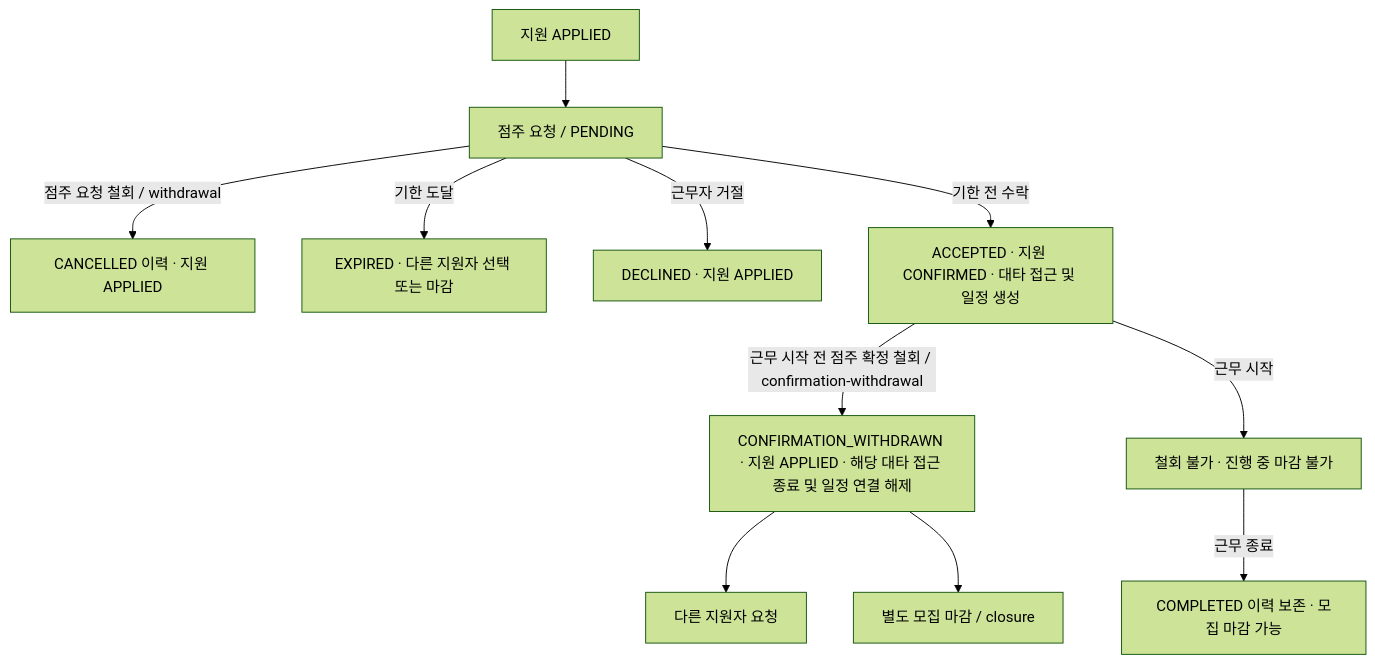
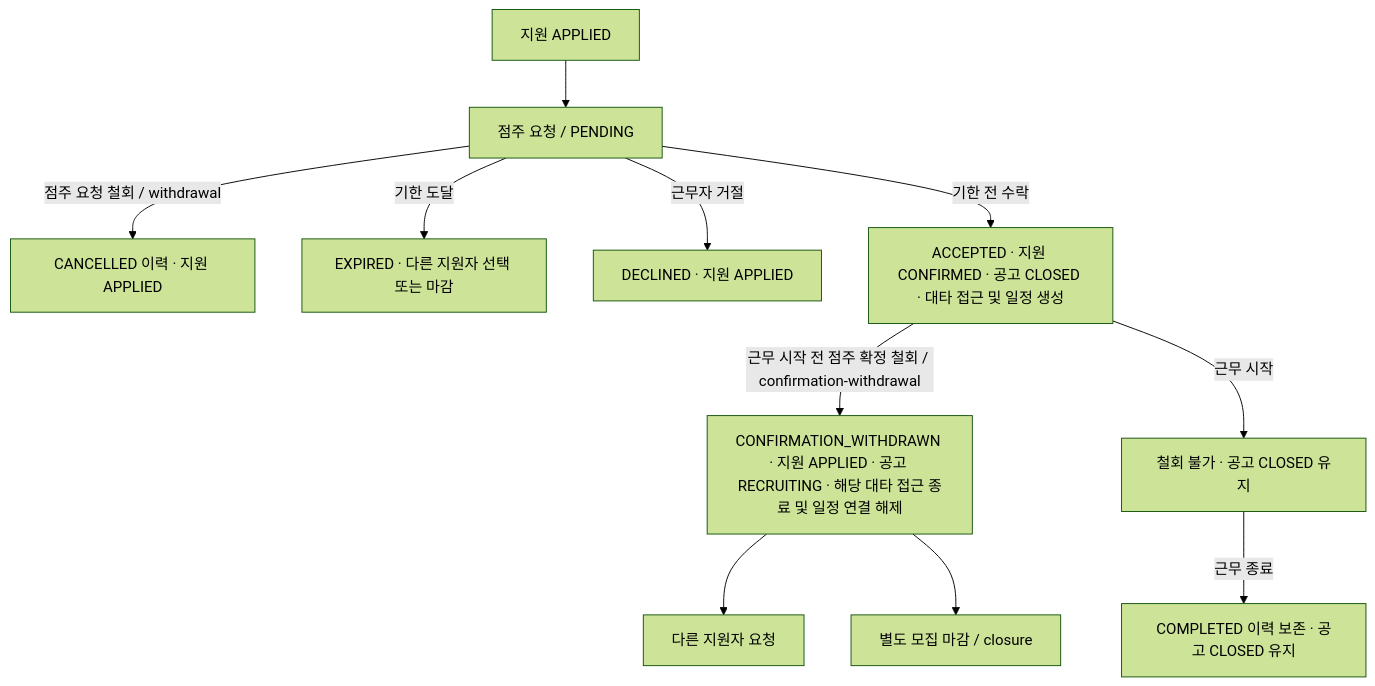
The diagram in back-end/docs/work-request-design.md (2026-KW-HACKATHON/29_Jidan), drawn with Mermaid (forest theme) before and after one commit. The commit also changed other lines of this file and 7 other files, not shown here.

````diff
--- a/back-end/docs/work-request-design.md
+++ b/back-end/docs/work-request-design.md
@@ -7,13 +7,13 @@
 ```mermaid
 flowchart TD
     A[지원 APPLIED] --> B[점주 요청 / PENDING]
     B -->|점주 요청 철회 / withdrawal| C[CANCELLED 이력 · 지원 APPLIED]
     B -->|기한 도달| D[EXPIRED · 다른 지원자 선택 또는 마감]
     B -->|근무자 거절| E[DECLINED · 지원 APPLIED]
-    B -->|기한 전 수락| F[ACCEPTED · 지원 CONFIRMED · 대타 접근 및 일정 생성]
-    F -->|근무 시작 전 점주 확정 철회 / confirmation-withdrawal| G[CONFIRMATION_WITHDRAWN · 지원 APPLIED · 해당 대타 접근 종료 및 일정 연결 해제]
+    B -->|기한 전 수락| F[ACCEPTED · 지원 CONFIRMED · 공고 CLOSED · 대타 접근 및 일정 생성]
+    F -->|근무 시작 전 점주 확정 철회 / confirmation-withdrawal| G[CONFIRMATION_WITHDRAWN · 지원 APPLIED · 공고 RECRUITING · 해당 대타 접근 종료 및 일정 연결 해제]
     G --> H[다른 지원자 요청]
     G --> I[별도 모집 마감 / closure]
-    F -->|근무 시작| J[철회 불가 · 진행 중 마감 불가]
-    J -->|근무 종료| K[COMPLETED 이력 보존 · 모집 마감 가능]
+    F -->|근무 시작| J[철회 불가 · 공고 CLOSED 유지]
+    J -->|근무 종료| K[COMPLETED 이력 보존 · 공고 CLOSED 유지]
 ```
````
